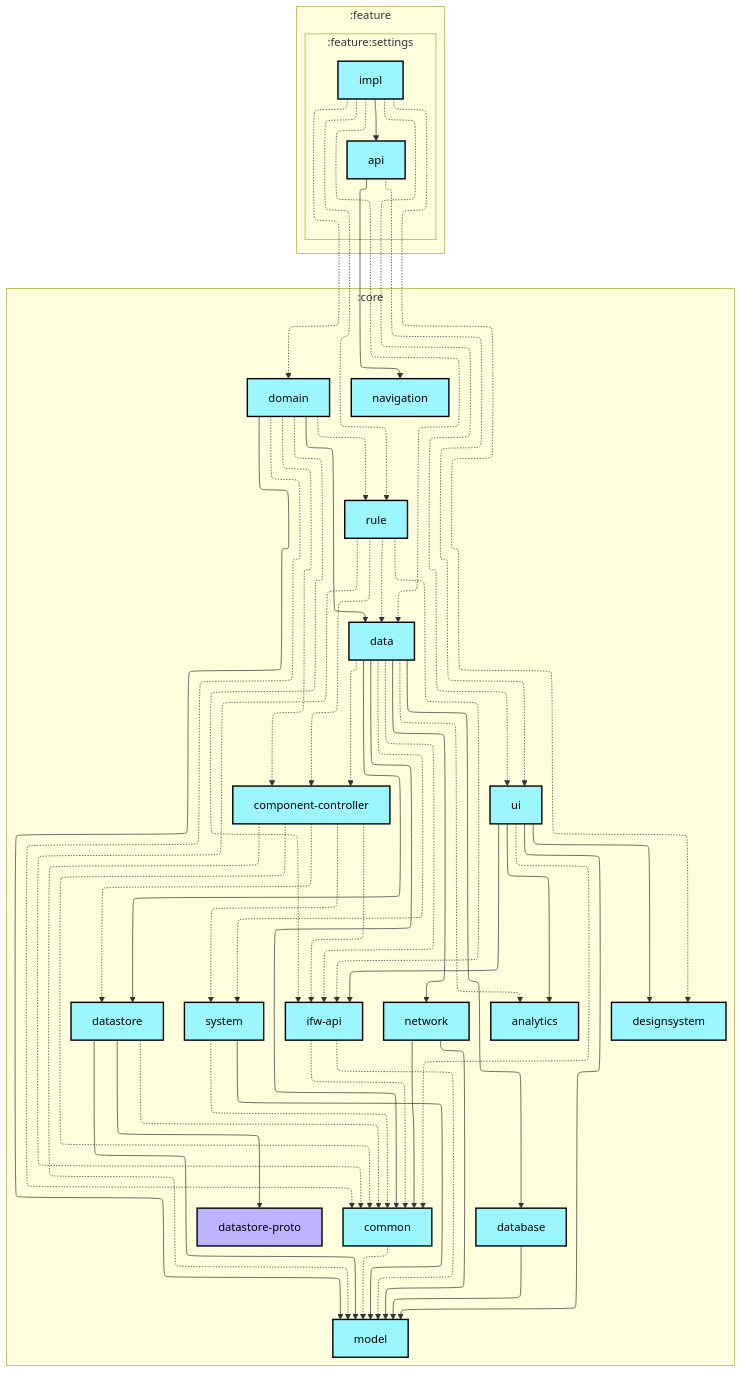
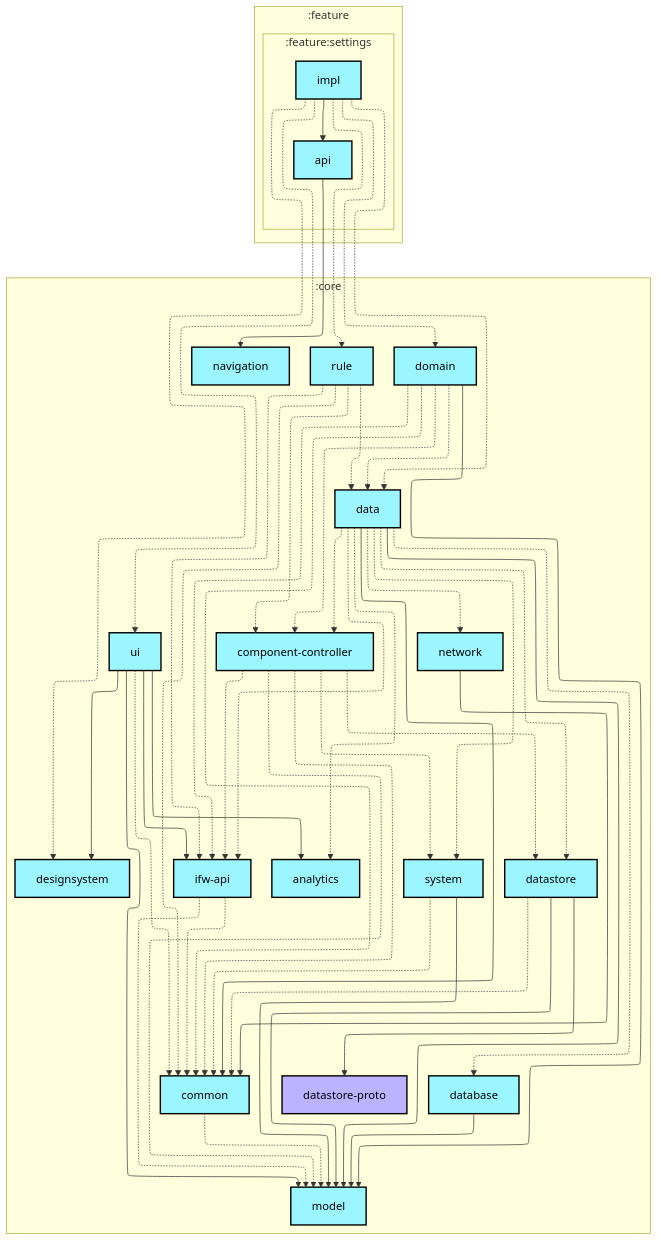
Before and after one commit to lihenggui/blocker: the first of 2 diagrams in feature/settings/impl/README.md, drawn with Mermaid. The commit also changed 29 other files, not shown here.

First line of the commit message:
Update module dependency graphs after boundary cleanup

```diff
--- a/feature/settings/impl/README.md
+++ b/feature/settings/impl/README.md
@@ -48,10 +48,11 @@
   :core:data -.-> :core:analytics
   :core:data --> :core:common
   :core:data -.-> :core:component-controller
-  :core:data --> :core:database
-  :core:data --> :core:datastore
+  :core:data -.-> :core:database
+  :core:data -.-> :core:datastore
   :core:data -.-> :core:ifw-api
-  :core:data --> :core:network
+  :core:data --> :core:model
+  :core:data -.-> :core:network
   :core:data -.-> :core:system
   :core:database --> :core:model
   :core:datastore -.-> :core:common
@@ -59,14 +60,12 @@
   :core:datastore --> :core:model
   :core:domain -.-> :core:common
   :core:domain -.-> :core:component-controller
-  :core:domain --> :core:data
+  :core:domain -.-> :core:data
   :core:domain -.-> :core:ifw-api
   :core:domain --> :core:model
-  :core:domain -.-> :core:rule
   :core:ifw-api -.-> :core:common
   :core:ifw-api -.-> :core:model
   :core:network --> :core:common
-  :core:network --> :core:model
   :core:rule -.-> :core:common
   :core:rule -.-> :core:component-controller
   :core:rule -.-> :core:data
@@ -79,7 +78,6 @@
   :core:ui --> :core:ifw-api
   :core:ui --> :core:model
   :feature:settings:api --> :core:navigation
-  :feature:settings:api -.-> :core:ui
   :feature:settings:impl -.-> :core:data
   :feature:settings:impl -.-> :core:designsystem
   :feature:settings:impl -.-> :core:domain
```
